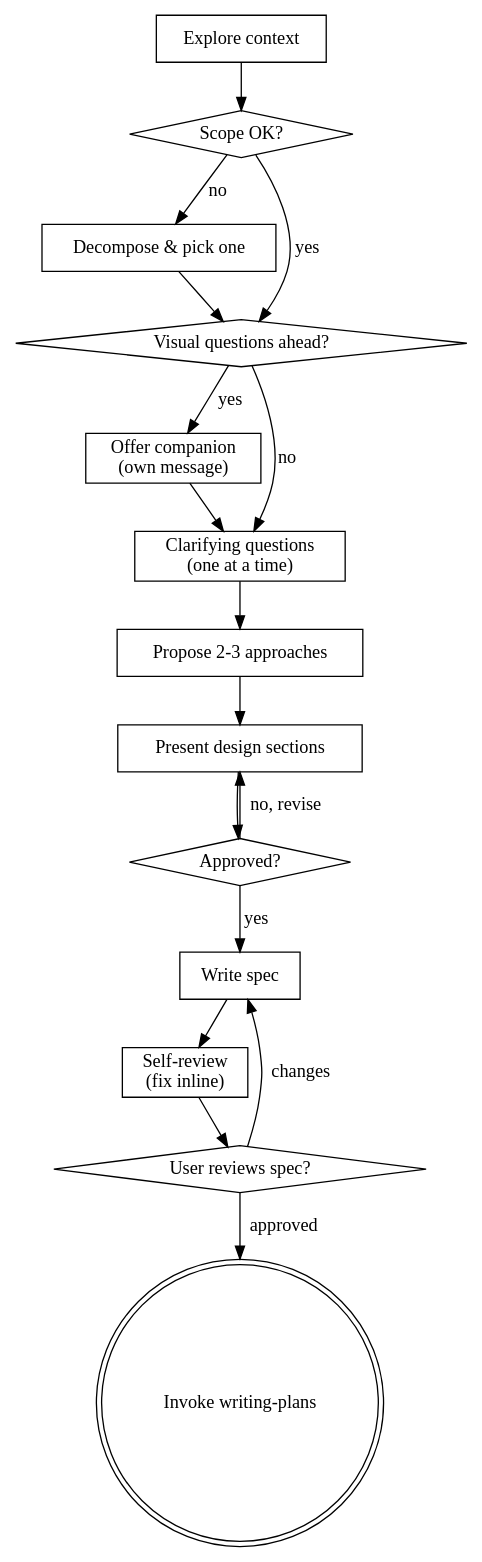
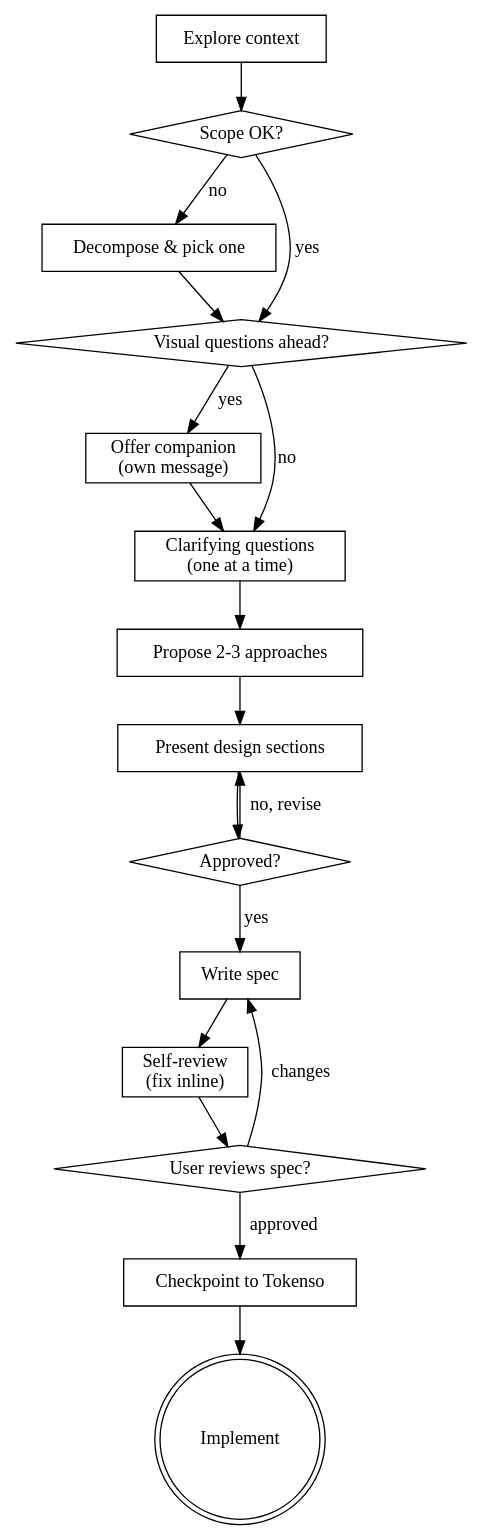
The diagram in .claude/skills/brainstorming/SKILL.md (Basharlouzon/Token-save---optimizer), drawn with Graphviz before and after one commit. The commit also changed other lines of this file and 19 other files, not shown here.

````diff
--- a/.claude/skills/brainstorming/SKILL.md
+++ b/.claude/skills/brainstorming/SKILL.md
@@ -33,35 +52,37 @@
 ```dot
 digraph brainstorming {
     rankdir=TB;
     "Explore context" [shape=box];
     "Scope OK?" [shape=diamond];
     "Decompose & pick one" [shape=box];
     "Visual questions ahead?" [shape=diamond];
     "Offer companion\n(own message)" [shape=box];
     "Clarifying questions\n(one at a time)" [shape=box];
     "Propose 2-3 approaches" [shape=box];
     "Present design sections" [shape=box];
     "Approved?" [shape=diamond];
     "Write spec" [shape=box];
     "Self-review\n(fix inline)" [shape=box];
     "User reviews spec?" [shape=diamond];
-    "Invoke writing-plans" [shape=doublecircle];
+    "Checkpoint to Tokenso" [shape=box];
+    "Implement" [shape=doublecircle];
 
     "Explore context" -> "Scope OK?";
     "Scope OK?" -> "Decompose & pick one" [label="no"];
     "Decompose & pick one" -> "Visual questions ahead?";
     "Scope OK?" -> "Visual questions ahead?" [label="yes"];
     "Visual questions ahead?" -> "Offer companion\n(own message)" [label="yes"];
     "Visual questions ahead?" -> "Clarifying questions\n(one at a time)" [label="no"];
     "Offer companion\n(own message)" -> "Clarifying questions\n(one at a time)";
     "Clarifying questions\n(one at a time)" -> "Propose 2-3 approaches";
     "Propose 2-3 approaches" -> "Present design sections";
     "Present design sections" -> "Approved?";
     "Approved?" -> "Present design sections" [label="no, revise"];
     "Approved?" -> "Write spec" [label="yes"];
     "Write spec" -> "Self-review\n(fix inline)";
     "Self-review\n(fix inline)" -> "User reviews spec?";
     "User reviews spec?" -> "Write spec" [label="changes"];
-    "User reviews spec?" -> "Invoke writing-plans" [label="approved"];
+    "User reviews spec?" -> "Checkpoint to Tokenso" [label="approved"];
+    "Checkpoint to Tokenso" -> "Implement";
 }
 ```
````
